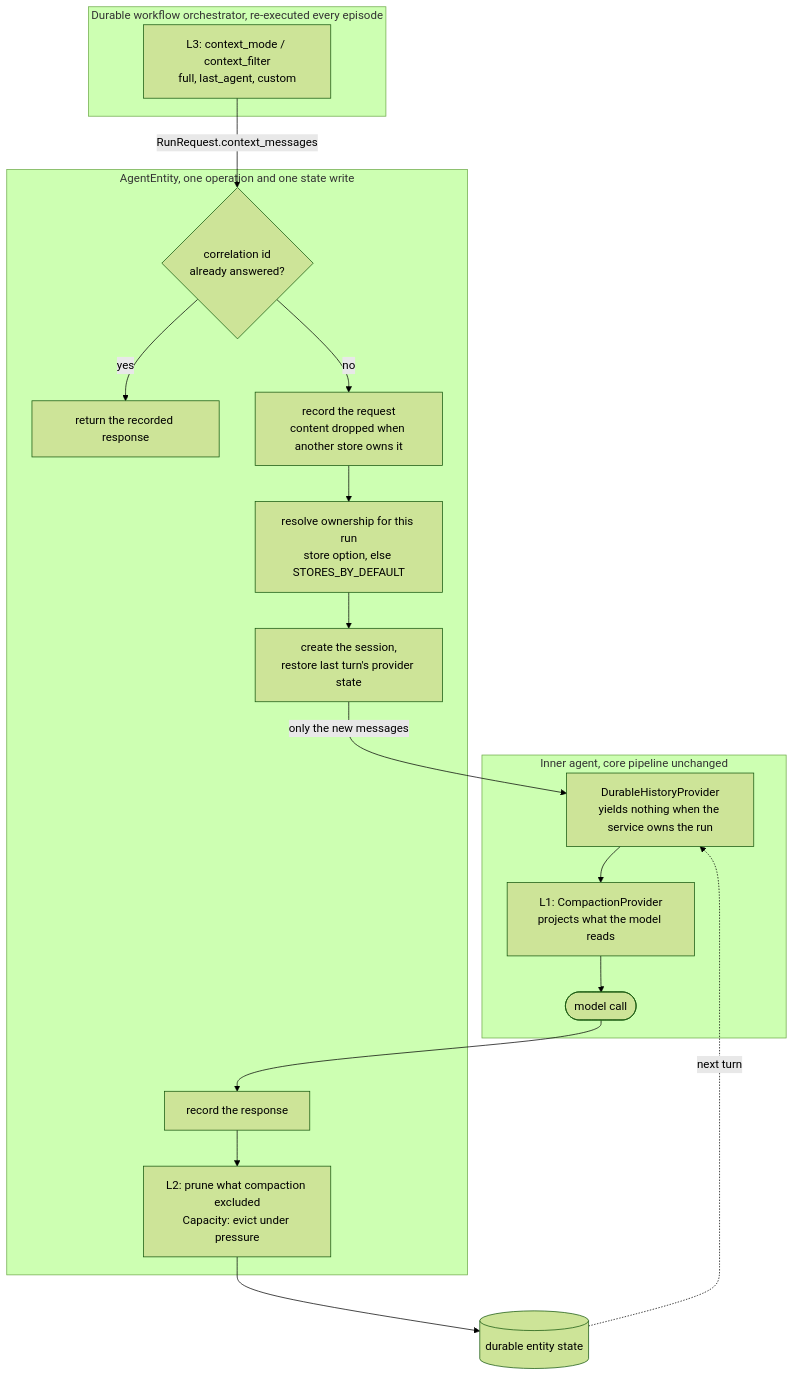
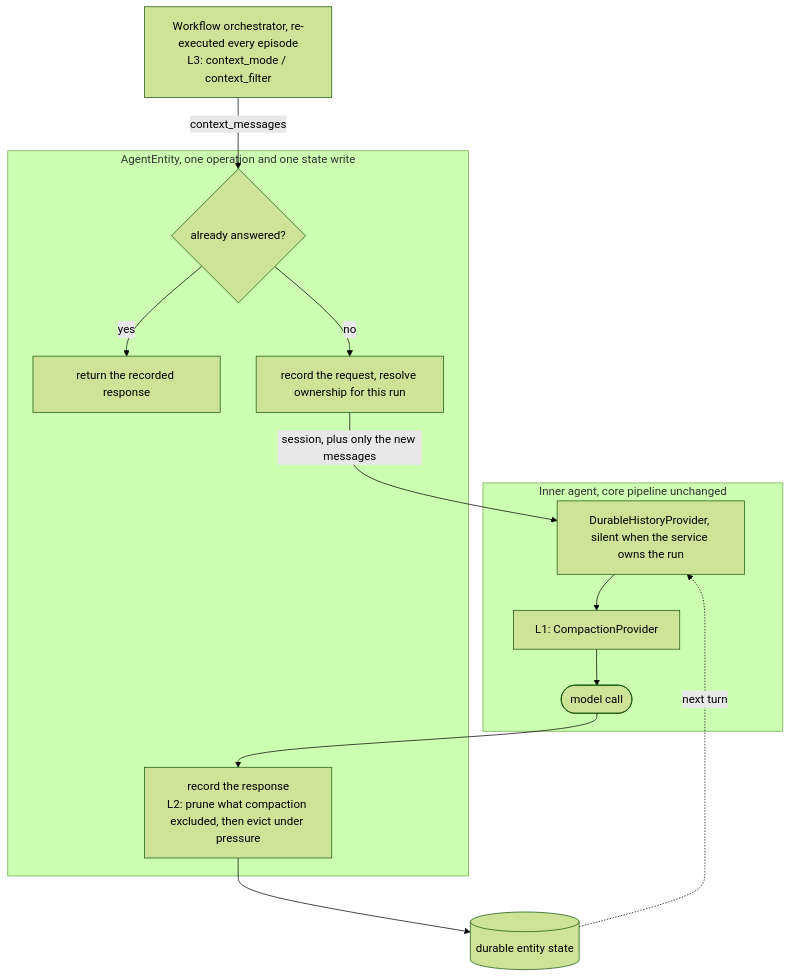
One commit to microsoft/agent-framework-durable-extension changed the first of 2 diagrams in docs/decisions/0032-durable-thread-compaction.md. Above: the diagram before and after it, drawn with Mermaid (forest theme).

Commit message:
docs: compact the turn-flow diagram

````diff
--- a/docs/decisions/0032-durable-thread-compaction.md
+++ b/docs/decisions/0032-durable-thread-compaction.md
@@ -162,31 +162,26 @@
 ```mermaid
 flowchart TB
-    subgraph WF["Durable workflow orchestrator, re-executed every episode"]
-        CM["L3: context_mode / context_filter<br/>full, last_agent, custom"]
-    end
+    CM["Workflow orchestrator, re-executed every episode<br/>L3: context_mode / context_filter"]
 
     subgraph ENT["AgentEntity, one operation and one state write"]
-        DUP{"correlation id<br/>already answered?"}
-        RECORDED["return the recorded response"]
-        REQ["record the request<br/>content dropped when another store owns it"]
-        OWN["resolve ownership for this run<br/>store option, else STORES_BY_DEFAULT"]
-        SESS["create the session,<br/>restore last turn's provider state"]
-        RESP["record the response"]
-        RET["L2: prune what compaction excluded<br/>Capacity: evict under pressure"]
+        DUP{"already answered?"}
+        DONE["return the recorded response"]
+        REC["record the request, resolve ownership for this run"]
+        RET["record the response<br/>L2: prune what compaction excluded, then evict under pressure"]
     end
 
     subgraph CORE["Inner agent, core pipeline unchanged"]
-        HP["DurableHistoryProvider<br/>yields nothing when the service owns the run"]
-        CP["L1: CompactionProvider<br/>projects what the model reads"]
+        HP["DurableHistoryProvider, silent when the service owns the run"]
+        CP["L1: CompactionProvider"]
         MODEL(["model call"])
     end
 
     STATE[("durable entity state")]
 
-    CM -->|"RunRequest.context_messages"| DUP
-    DUP -->|"yes"| RECORDED
-    DUP -->|"no"| REQ --> OWN --> SESS
-    SESS -->|"only the new messages"| HP
-    HP --> CP --> MODEL --> RESP --> RET --> STATE
+    CM -->|"context_messages"| DUP
+    DUP -->|"yes"| DONE
+    DUP -->|"no"| REC
+    REC -->|"session, plus only the new messages"| HP
+    HP --> CP --> MODEL --> RET --> STATE
     STATE -.->|"next turn"| HP
 ```
````
